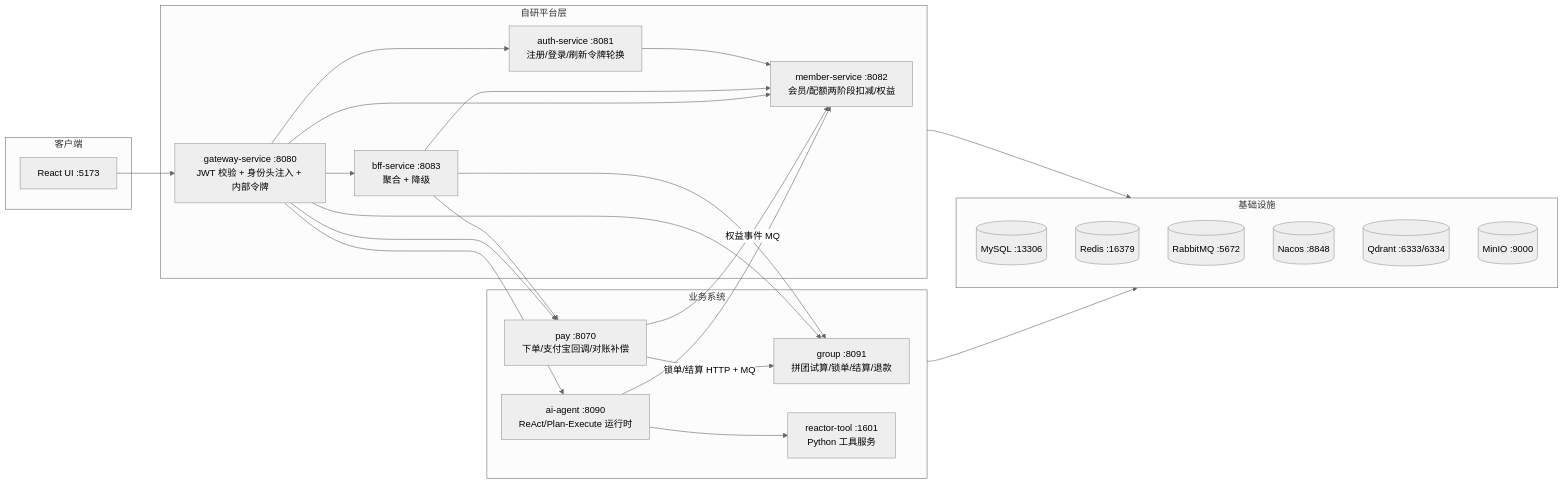
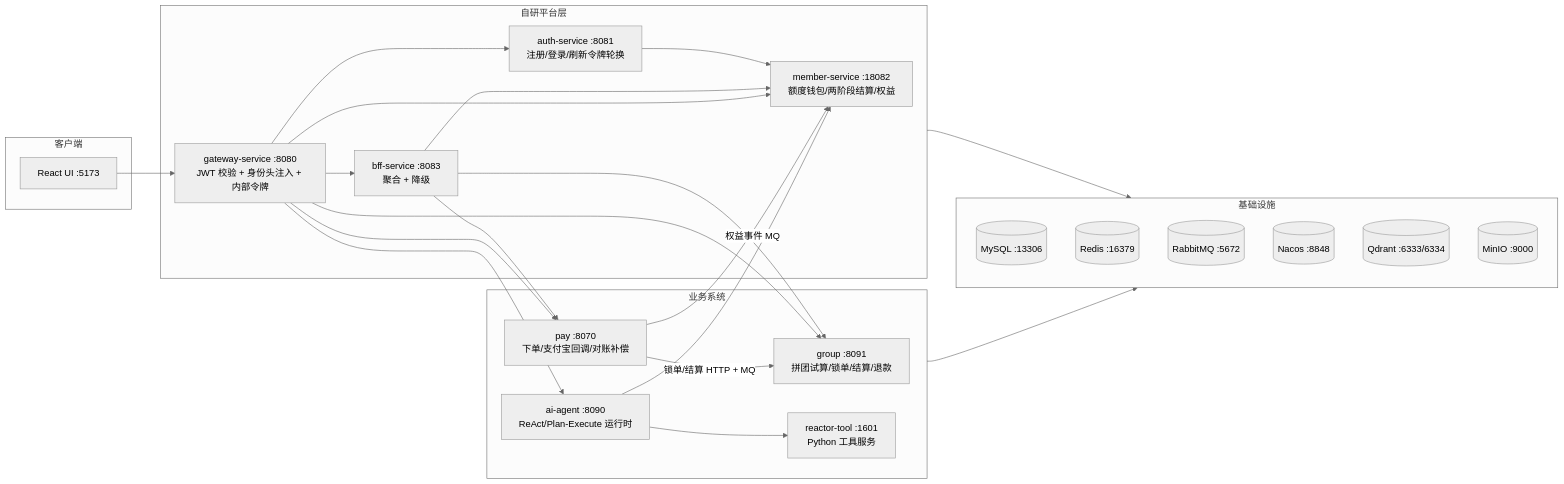
One commit to zhanglinrun/ai-group changed the diagram in README.md. Above: the diagram before and after it, drawn with Mermaid (neutral theme). The commit also changed other lines of this file and 523 other files, not shown here.

````diff
--- a/README.md
+++ b/README.md
@@ -11,39 +11,39 @@
 ```mermaid
 flowchart LR
     subgraph client [客户端]
         UI["React UI :5173"]
     end
 
     subgraph platform [自研平台层]
         GW["gateway-service :8080<br/>JWT 校验 + 身份头注入 + 内部令牌"]
         AUTH["auth-service :8081<br/>注册/登录/刷新令牌轮换"]
-        MEMBER["member-service :8082<br/>会员/配额两阶段扣减/权益"]
+        MEMBER["member-service :18082<br/>额度钱包/两阶段结算/权益"]
         BFF["bff-service :8083<br/>聚合 + 降级"]
     end
 
     subgraph business [业务系统]
         GROUP["group :8091<br/>拼团试算/锁单/结算/退款"]
         PAY["pay :8070<br/>下单/支付宝回调/对账补偿"]
         AGENT["ai-agent :8090<br/>ReAct/Plan-Execute 运行时"]
         TOOL["reactor-tool :1601<br/>Python 工具服务"]
     end
 
     subgraph infra [基础设施]
         MYSQL[("MySQL :13306")]
         REDIS[("Redis :16379")]
         MQ[("RabbitMQ :5672")]
         NACOS[("Nacos :8848")]
         QDRANT[("Qdrant :6333/6334")]
         MINIO[("MinIO :9000")]
     end
 
     UI --> GW
     GW --> AUTH & MEMBER & BFF & GROUP & PAY & AGENT
     BFF --> MEMBER & GROUP & PAY
     AUTH --> MEMBER
     AGENT --> MEMBER & TOOL
     PAY -->|"锁单/结算 HTTP + MQ"| GROUP
     PAY -->|"权益事件 MQ"| MEMBER
     business --> infra
     platform --> infra
 ```
````
